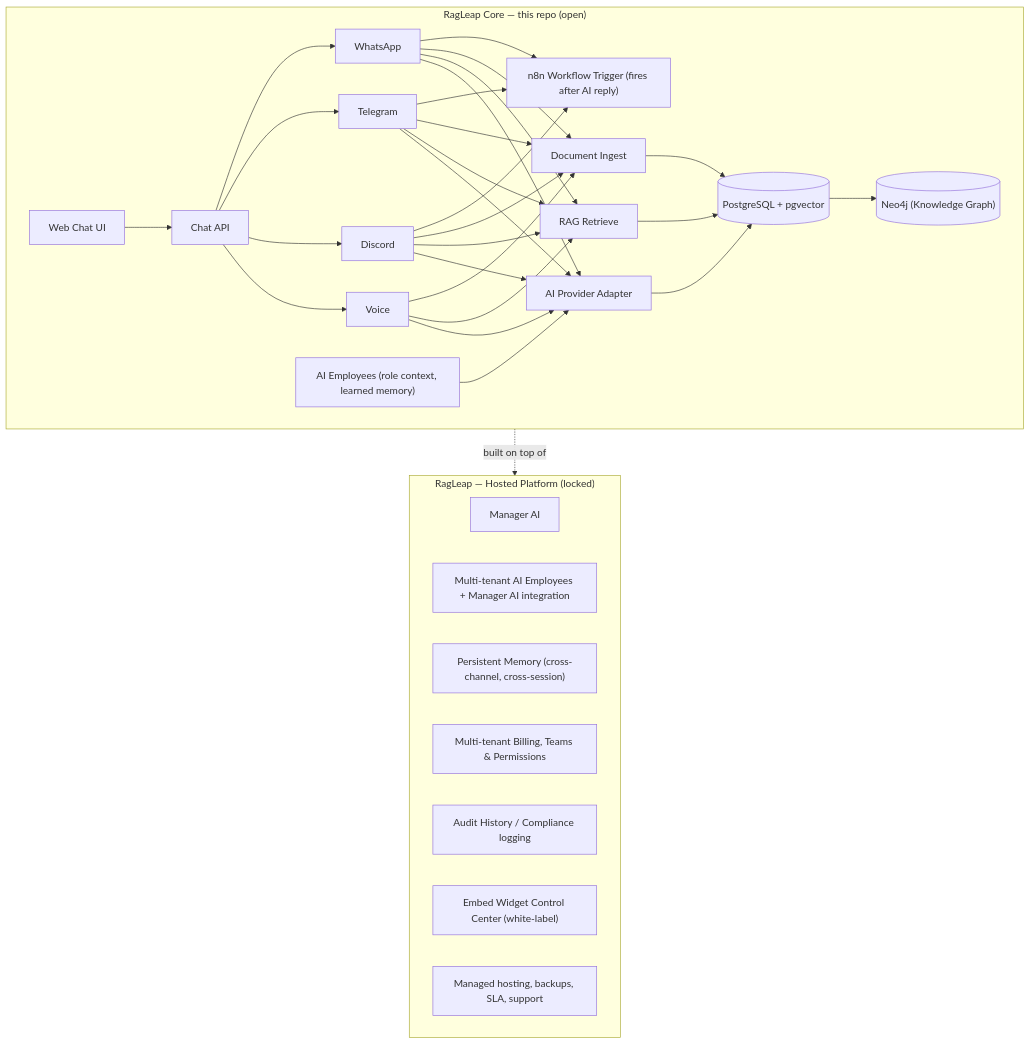
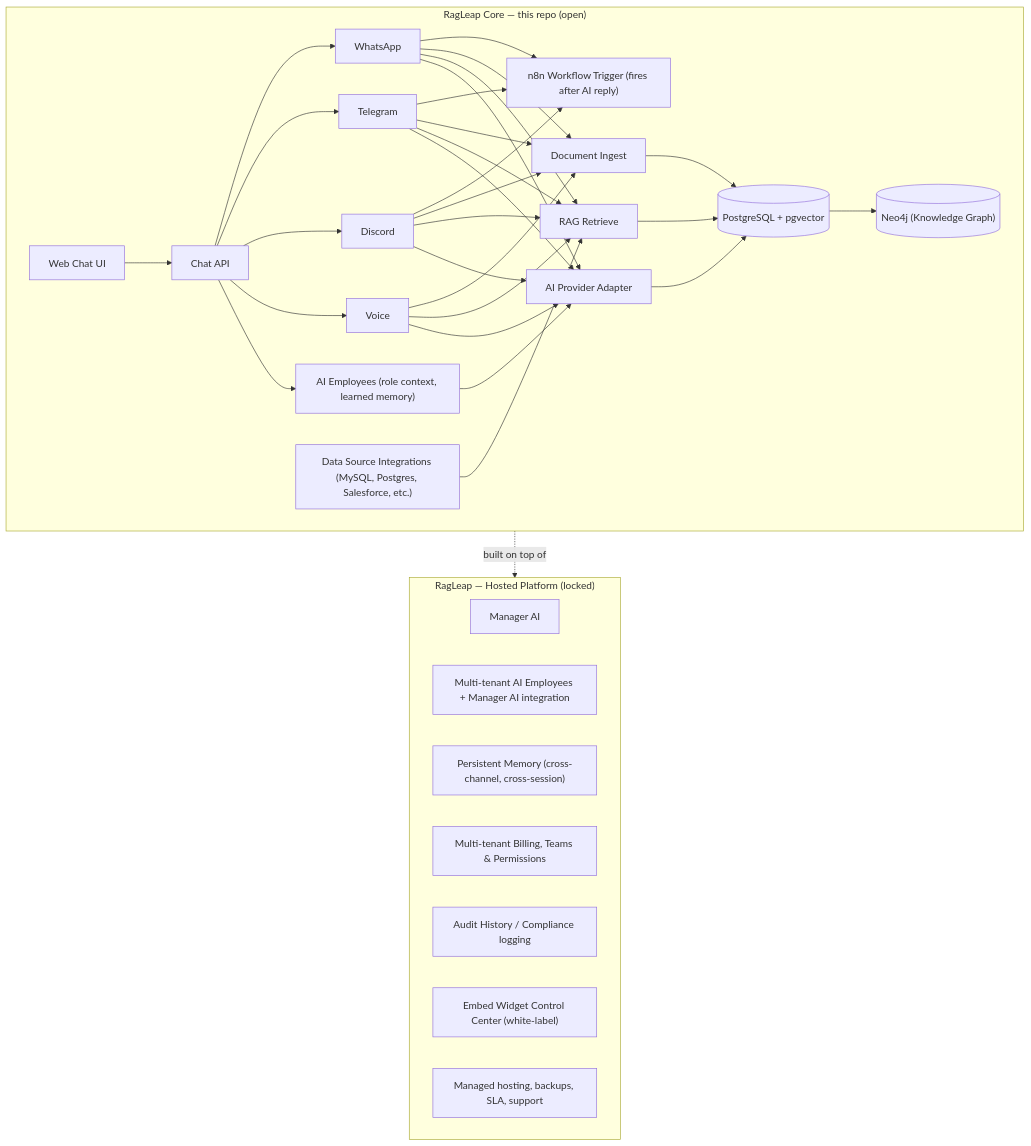
Before and after one commit to antonyrag/ragleap-core: the diagram in README.md, drawn with Mermaid.

Commit message:
docs: connect AI Employees to Chat API, add missing Integrations node
Two gaps found on review of #145:
- AI Employees had no incoming edge — added ChatAPI --> Employees,
  since role context actually comes from the role= param on /chat.
- Integrations (core/integrations/, 9 connectors, its own /integrations
  routes) was never in any version of this diagram, old ASCII included
  — added now since we're already touching this section.

````diff
--- a/README.md
+++ b/README.md
@@ -106,48 +106,50 @@
 ```mermaid
 flowchart TD
     subgraph Hosted["RagLeap — Hosted Platform (locked)"]
         H1["Manager AI"]
         H2["Multi-tenant AI Employees + Manager AI integration"]
         H3["Persistent Memory (cross-channel, cross-session)"]
         H4["Multi-tenant Billing, Teams & Permissions"]
         H5["Audit History / Compliance logging"]
         H6["Embed Widget Control Center (white-label)"]
         H7["Managed hosting, backups, SLA, support"]
     end
 
     subgraph Core["RagLeap Core — this repo (open)"]
         WebUI["Web Chat UI"] --> ChatAPI["Chat API"]
         ChatAPI --> WA["WhatsApp"]
         ChatAPI --> TG["Telegram"]
         ChatAPI --> DC["Discord"]
         ChatAPI --> VC["Voice"]
+        ChatAPI --> Employees
 
         WA --> N8N["n8n Workflow Trigger (fires after AI reply)"]
         TG --> N8N
         DC --> N8N
 
         Employees["AI Employees (role context, learned memory)"] --> Provider
 
         WA --> Ingest["Document Ingest"]
         TG --> Ingest
         DC --> Ingest
         VC --> Ingest
 
         WA --> RAG["RAG Retrieve"]
         TG --> RAG
         DC --> RAG
         VC --> RAG
 
         WA --> Provider["AI Provider Adapter"]
         TG --> Provider
         DC --> Provider
         VC --> Provider
 
+        Integrations["Data Source Integrations (MySQL, Postgres, Salesforce, etc.)"] --> RAG
         Ingest --> PG[("PostgreSQL + pgvector")]
         RAG --> PG
         Provider --> PG
         PG --> Neo[("Neo4j (Knowledge Graph)")]
     end
 
     Core -. built on top of .-> Hosted
 ```
````
